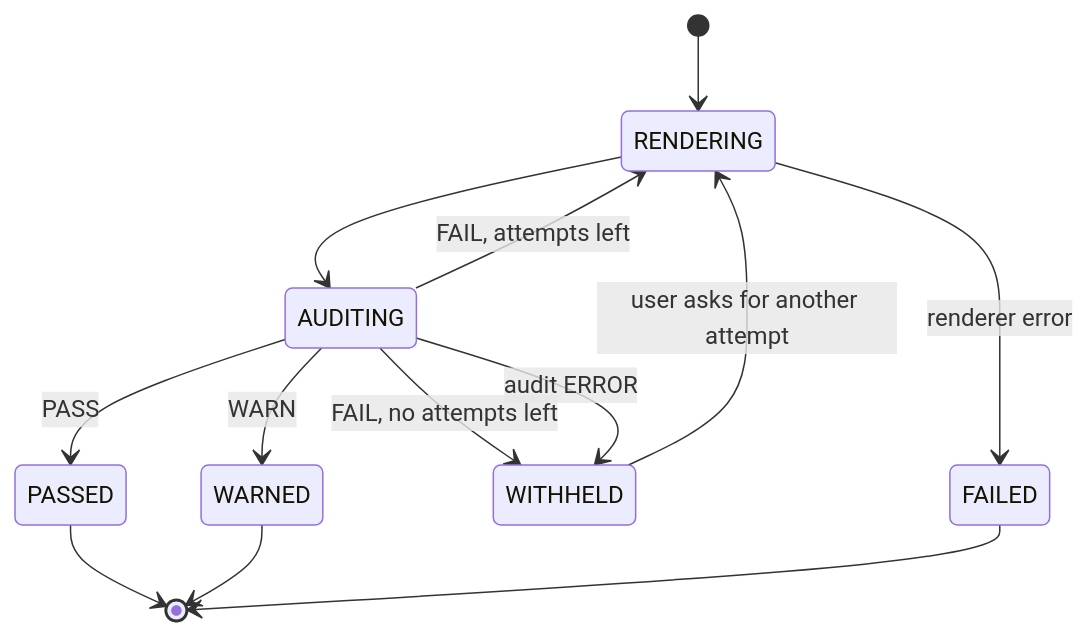
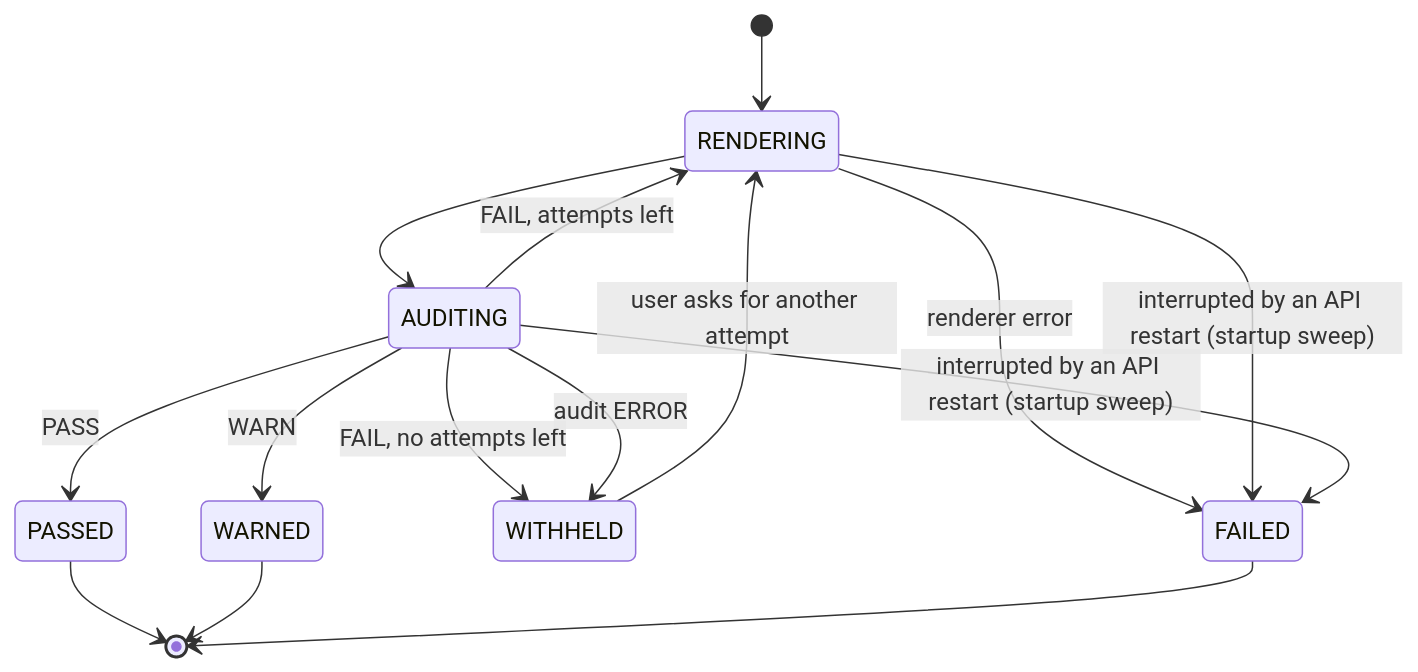
Before and after one commit to Katlego-tech/Panelwise: the third of 3 diagrams in docs/design/verify.md, drawn with Mermaid. The commit also changed other lines of this file and 3 other files, not shown here.

````diff
--- a/docs/design/verify.md
+++ b/docs/design/verify.md
@@ -176,15 +176,17 @@
 ```mermaid
 stateDiagram-v2
     [*] --> RENDERING
     RENDERING --> AUDITING
     AUDITING --> PASSED: PASS
     AUDITING --> WARNED: WARN
     AUDITING --> RENDERING: FAIL, attempts left
     AUDITING --> WITHHELD: FAIL, no attempts left
     AUDITING --> WITHHELD: audit ERROR
     RENDERING --> FAILED: renderer error
+    RENDERING --> FAILED: interrupted by an API restart (startup sweep)
+    AUDITING --> FAILED: interrupted by an API restart (startup sweep)
     WITHHELD --> RENDERING: user asks for another attempt
     PASSED --> [*]
     WARNED --> [*]
     FAILED --> [*]
 ```
````
